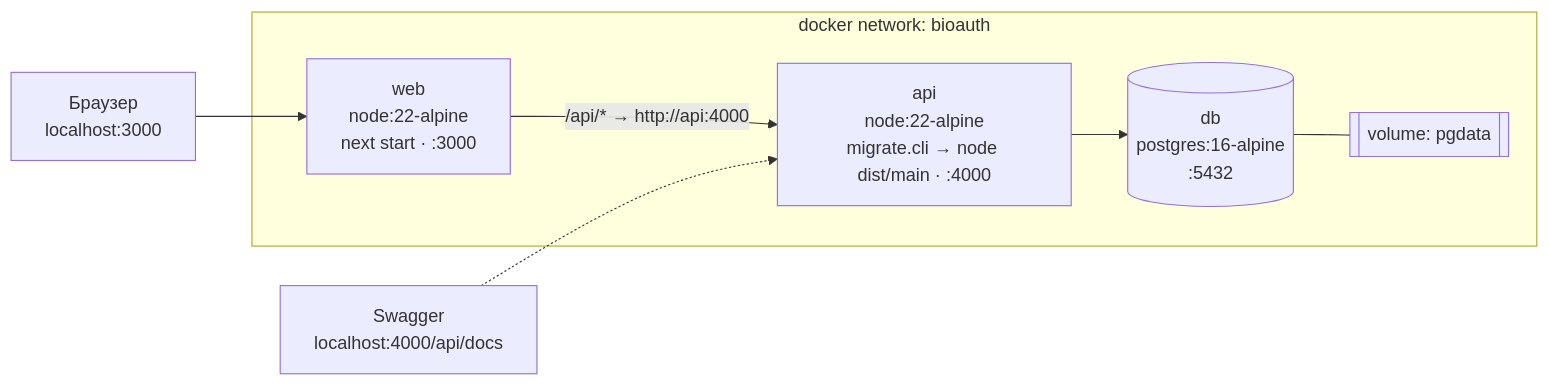
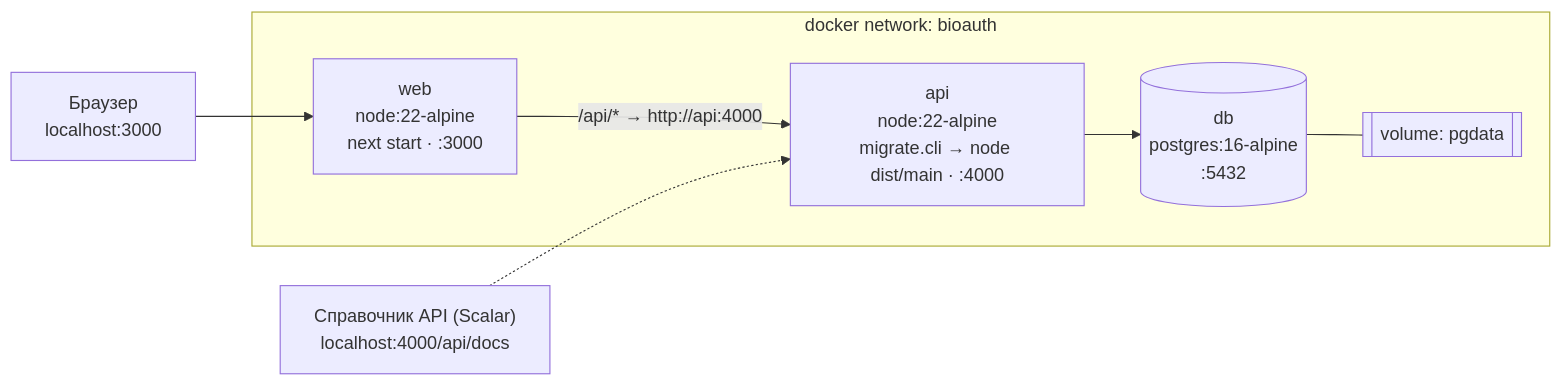
The diagram in docs/diagrams/12-deployment.mmd (DcNi3L/bioauth-optimizer), drawn with Mermaid before and after one commit. The commit also changed 40 other files, not shown here.

First line of the commit message:
feat(api): справочник API на Scalar вместо Swagger UI (3.1.2)

```diff
--- a/docs/diagrams/12-deployment.mmd
+++ b/docs/diagrams/12-deployment.mmd
@@ -1,12 +1,12 @@
 flowchart LR
   B["Браузер<br/>localhost:3000"] --> WEB
   subgraph net["docker network: bioauth"]
     WEB["web<br/>node:22-alpine<br/>next start · :3000"]
     API["api<br/>node:22-alpine<br/>migrate.cli → node dist/main · :4000"]
     DB[("db<br/>postgres:16-alpine<br/>:5432")]
     VOL[["volume: pgdata"]]
   end
   WEB -- "/api/* → http://api:4000" --> API
   API --> DB
   DB --- VOL
-  SW["Swagger<br/>localhost:4000/api/docs"] -.-> API
+  SW["Справочник API (Scalar)<br/>localhost:4000/api/docs"] -.-> API
```
